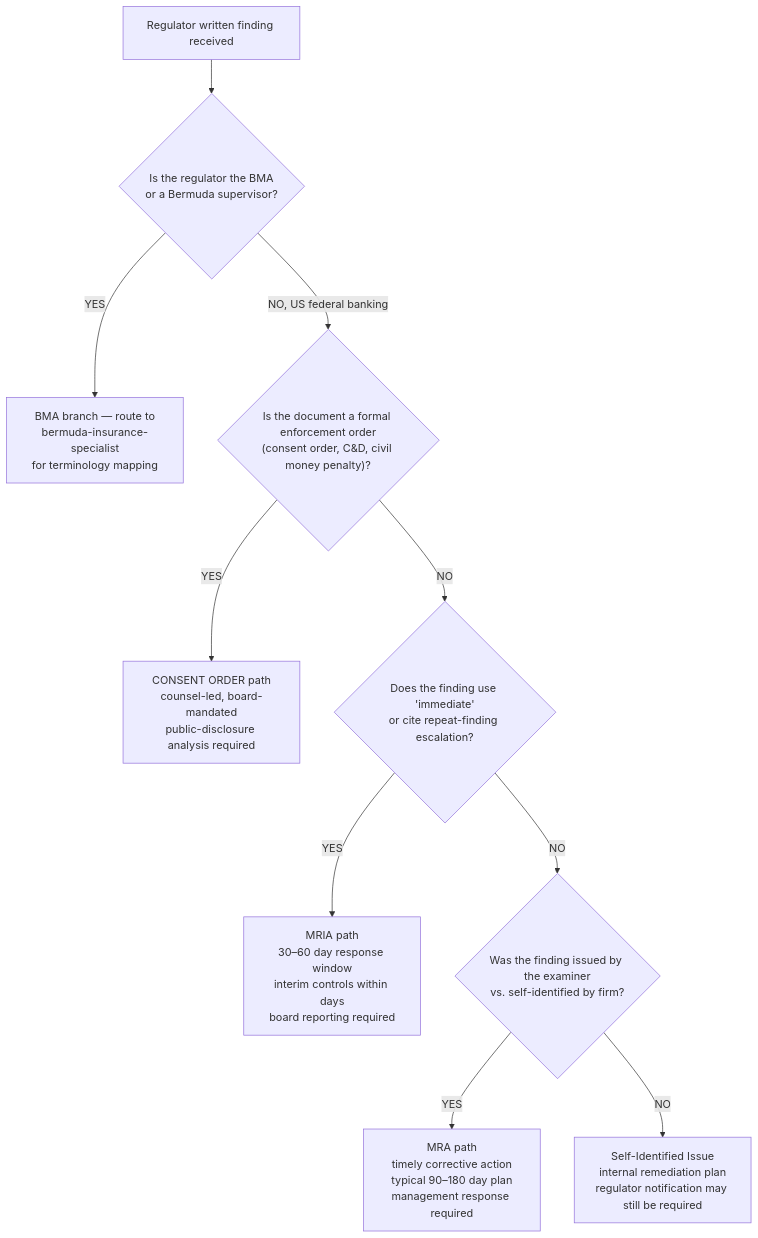
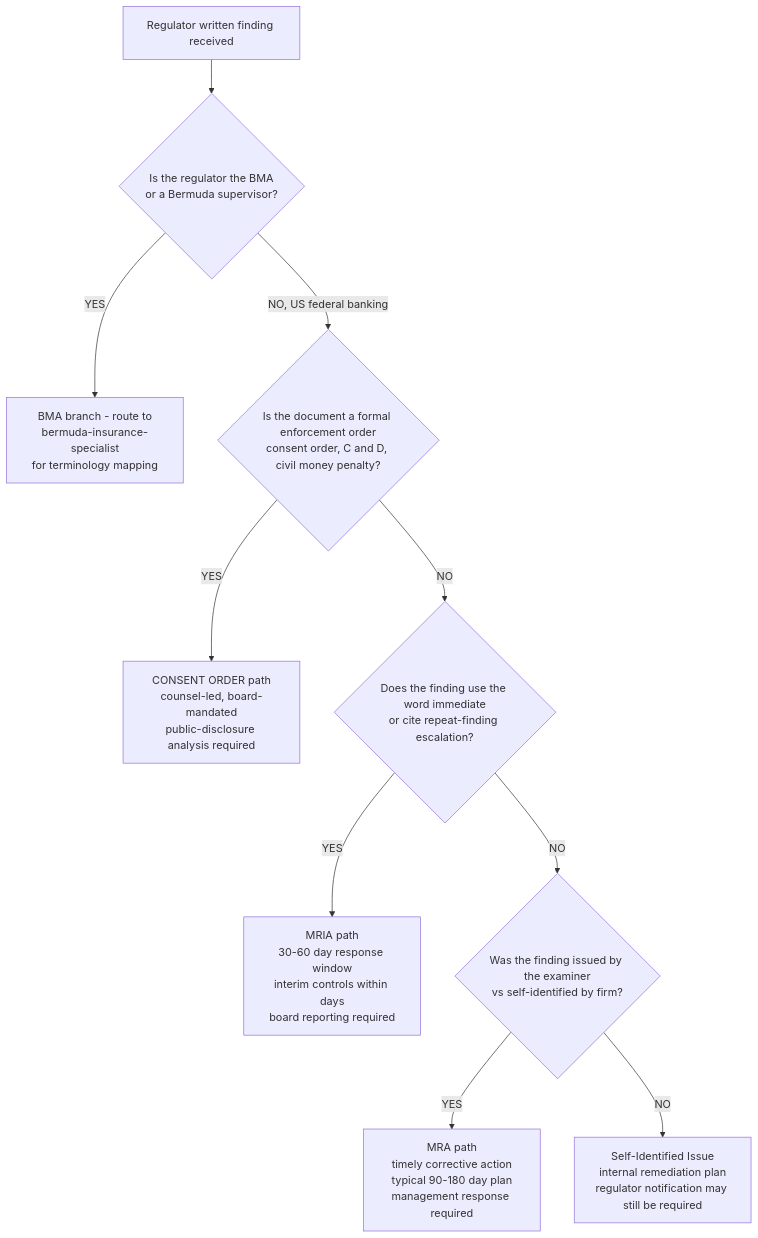
Before and after one commit to mcorbett51090/RavenClaude: the diagram in plugins/regulatory-compliance/knowledge/regulator-finding-severity-triage.md, drawn with Mermaid. The commit also changed 9 other files, not shown here.

First line of the commit message:
fix(decision-trees): quote Mermaid nodes/edges with special chars so charts render

````diff
--- a/plugins/regulatory-compliance/knowledge/regulator-finding-severity-triage.md
+++ b/plugins/regulatory-compliance/knowledge/regulator-finding-severity-triage.md
@@ -17,12 +17,12 @@
 ```mermaid
 flowchart TD
-    START[Regulator written finding received] --> Q1{Is the regulator the BMA<br/>or a Bermuda supervisor?}
-    Q1 -->|YES| BMA["BMA branch — route to<br/>bermuda-insurance-specialist<br/>for terminology mapping"]
-    Q1 -->|"NO, US federal banking"| Q2{"Is the document a formal enforcement order<br/>(consent order, C&D, civil money penalty)?"}
+    START[Regulator written finding received] --> Q1{"Is the regulator the BMA<br/>or a Bermuda supervisor?"}
+    Q1 -->|YES| BMA["BMA branch - route to<br/>bermuda-insurance-specialist<br/>for terminology mapping"]
+    Q1 -->|"NO, US federal banking"| Q2{"Is the document a formal enforcement order<br/>consent order, C and D, civil money penalty?"}
     Q2 -->|YES| CONSENT["CONSENT ORDER path<br/>counsel-led, board-mandated<br/>public-disclosure analysis required"]
-    Q2 -->|NO| Q3{"Does the finding use 'immediate'<br/>or cite repeat-finding escalation?"}
-    Q3 -->|YES| MRIA["MRIA path<br/>30–60 day response window<br/>interim controls within days<br/>board reporting required"]
-    Q3 -->|NO| Q4{Was the finding issued by the examiner<br/>vs. self-identified by firm?}
-    Q4 -->|YES| MRA["MRA path<br/>timely corrective action<br/>typical 90–180 day plan<br/>management response required"]
+    Q2 -->|NO| Q3{"Does the finding use the word immediate<br/>or cite repeat-finding escalation?"}
+    Q3 -->|YES| MRIA["MRIA path<br/>30-60 day response window<br/>interim controls within days<br/>board reporting required"]
+    Q3 -->|NO| Q4{"Was the finding issued by the examiner<br/>vs self-identified by firm?"}
+    Q4 -->|YES| MRA["MRA path<br/>timely corrective action<br/>typical 90-180 day plan<br/>management response required"]
     Q4 -->|NO| SII["Self-Identified Issue<br/>internal remediation plan<br/>regulator notification may still be required"]
 ```
````
